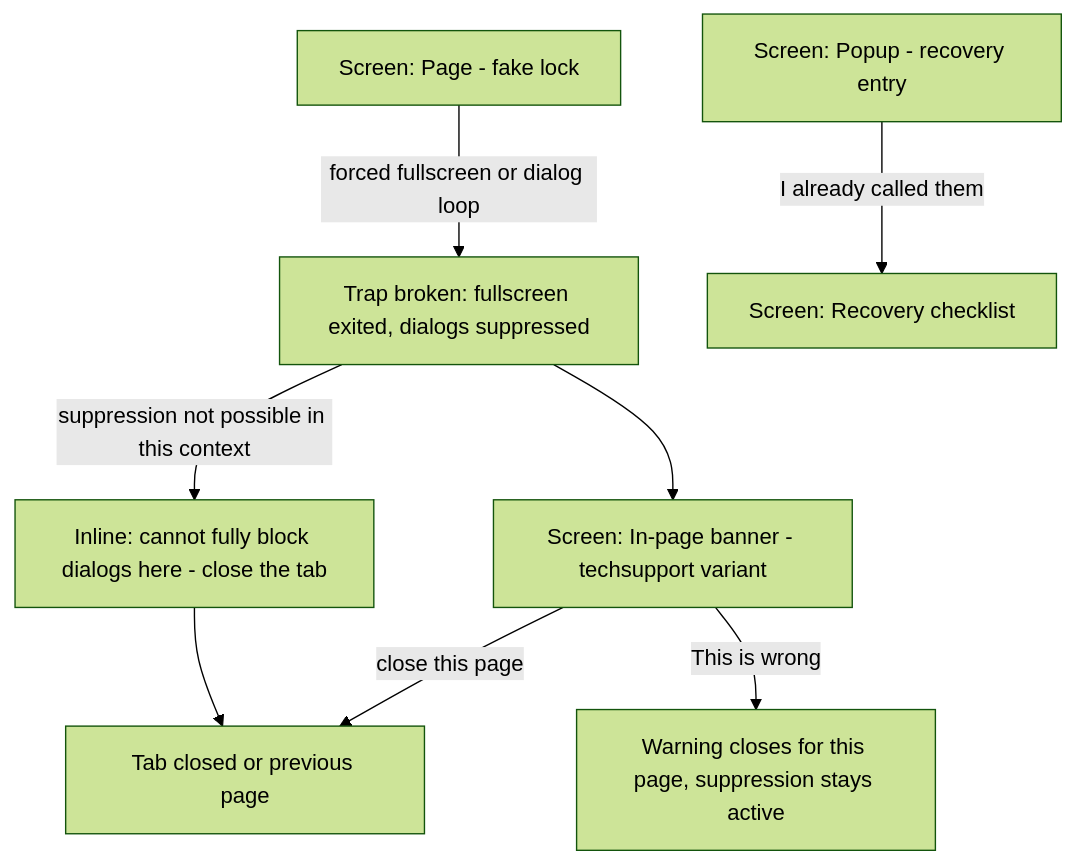
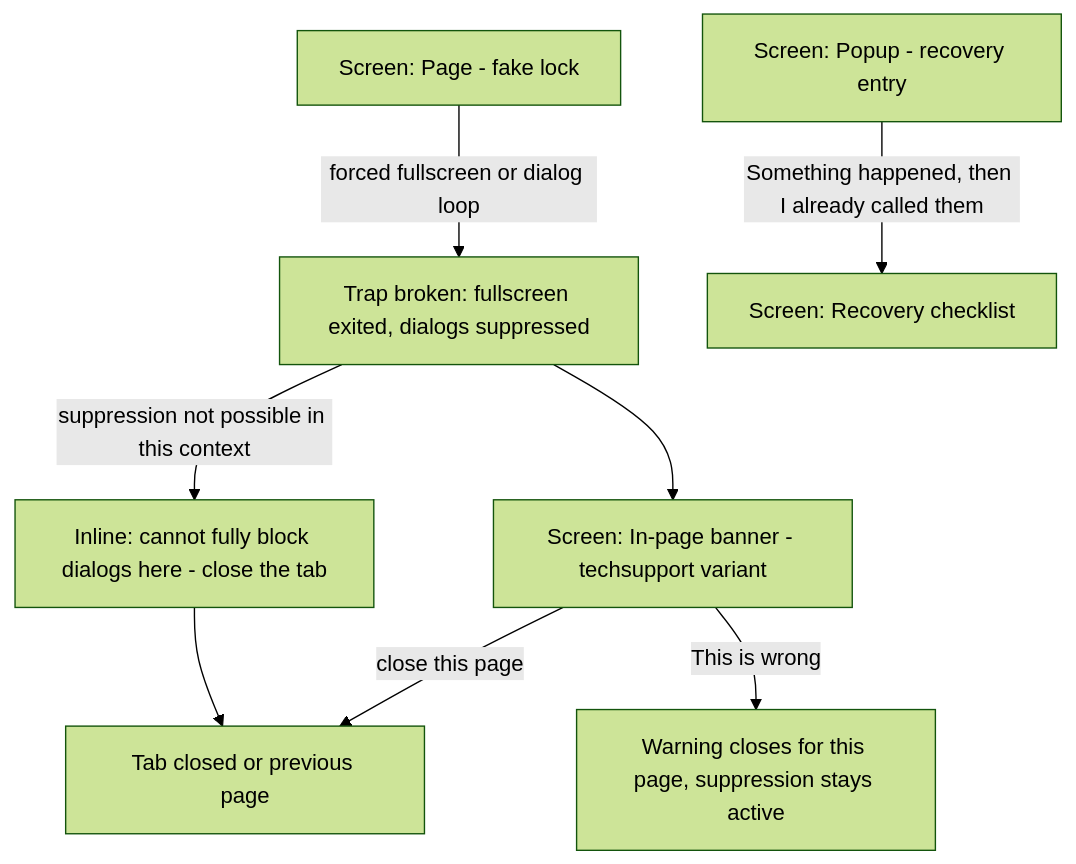
The seventh of 24 diagrams in docs/ux/flows.md (passioncode-ai/okolos), drawn with Mermaid (forest theme) before and after one commit. The commit also changed other lines of this file and 8 other files, not shown here.

Commit message:
fix(docs, journal): the N-107 risks: no file hash is said to leave, a deleted download is journalled, the flows say what the popup says (B-182)

````diff
--- a/docs/ux/flows.md
+++ b/docs/ux/flows.md
@@ -201,10 +201,10 @@
 ```mermaid
 flowchart TD
   A[Screen: Page - fake lock] -->|forced fullscreen or dialog loop| B[Trap broken: fullscreen exited, dialogs suppressed]
   B --> C[Screen: In-page banner - techsupport variant]
   C -->|close this page| D[Tab closed or previous page]
   C -->|This is wrong| A2[Warning closes for this page, suppression stays active]
-  P[Screen: Popup - recovery entry] -->|I already called them| E[Screen: Recovery checklist]
+  P[Screen: Popup - recovery entry] -->|Something happened, then I already called them| E[Screen: Recovery checklist]
   B -->|suppression not possible in this context| B_err[Inline: cannot fully block dialogs here - close the tab]
   B_err --> D
 ```
````
